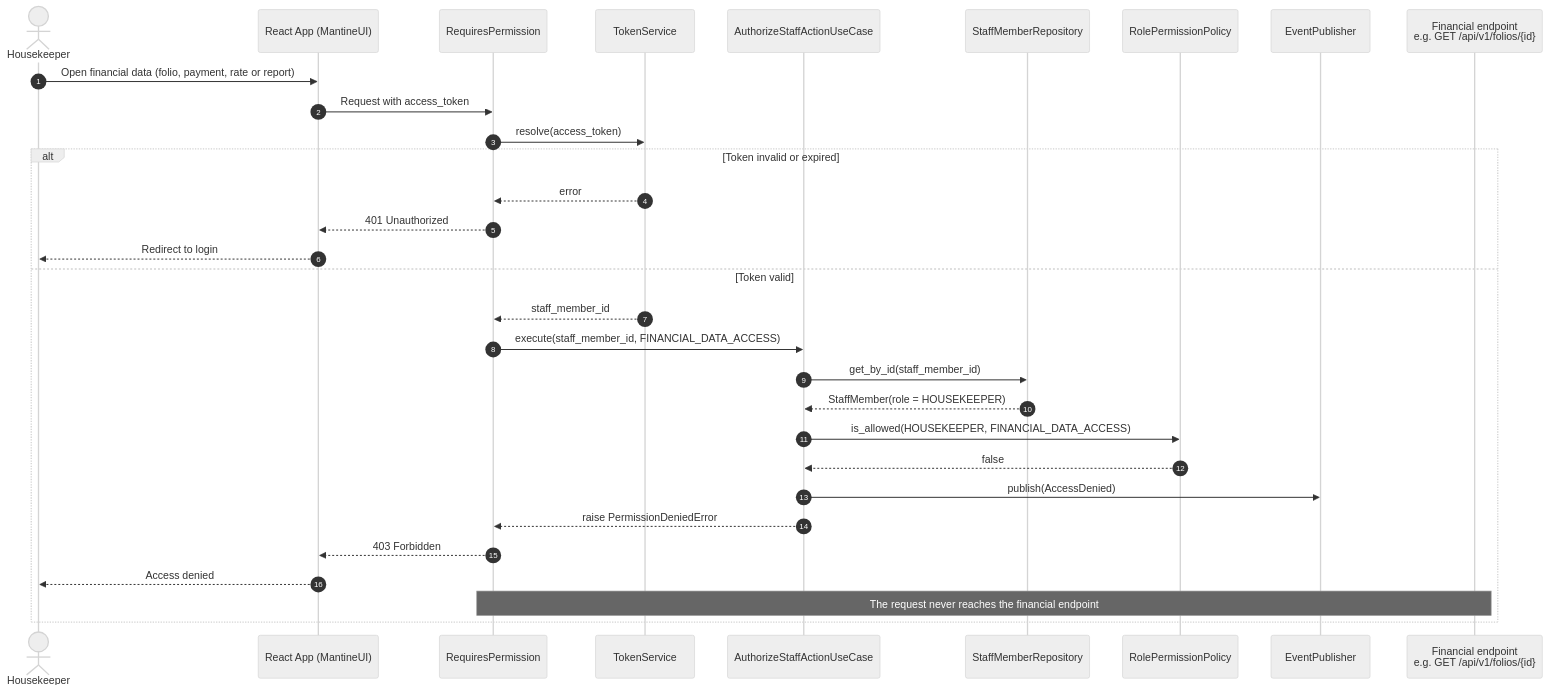
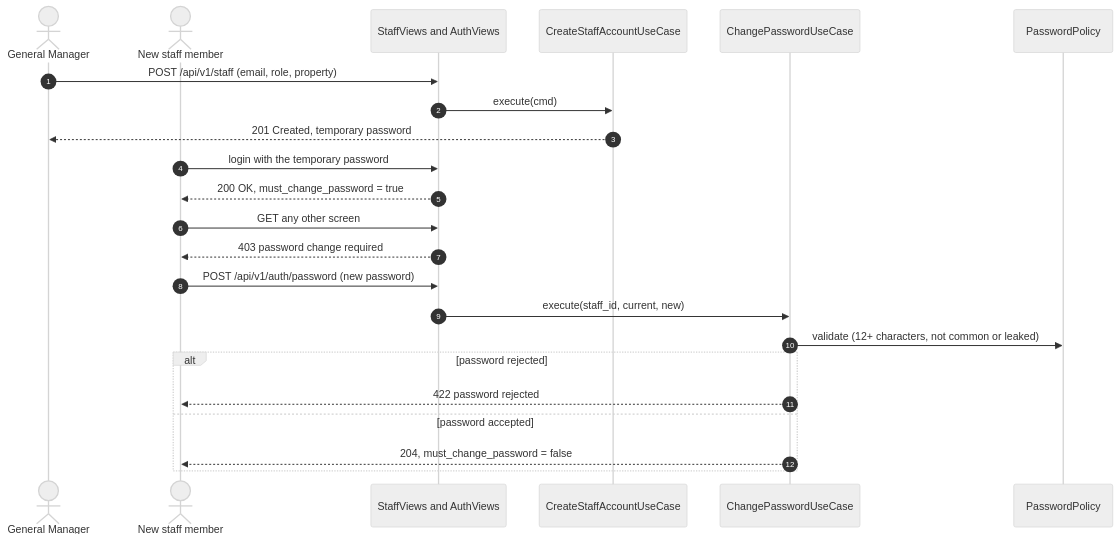
Before and after one commit to BraceroInSabot/Motel-Starmie: the fourth of 5 diagrams in docs/Initial Requirements/Diagrams/US-01 - Staff Authentication and RBAC.md, drawn with Mermaid (neutral theme). The commit also changed other lines of this file and 51 other files, not shown here.

````diff
--- a/docs/Initial Requirements/Diagrams/US-01 - Staff Authentication and RBAC.md
+++ b/docs/Initial Requirements/Diagrams/US-01 - Staff Authentication and RBAC.md
@@ -306,35 +331,26 @@
 ```mermaid
 sequenceDiagram
     autonumber
-    actor HK as Housekeeper
-    participant UI as React App (MantineUI)
-    participant Guard as RequiresPermission
-    participant Token as TokenService
-    participant UC as AuthorizeStaffActionUseCase
-    participant Repo as StaffMemberRepository
-    participant Policy as RolePermissionPolicy
-    participant Bus as EventPublisher
-    participant API as Financial endpoint<br/>e.g. GET /api/v1/folios/{id}
+    actor GM as General Manager
+    actor Staff as New staff member
+    participant Views as StaffViews and AuthViews
+    participant NewAcc as CreateStaffAccountUseCase
+    participant Change as ChangePasswordUseCase
+    participant Policy as PasswordPolicy
 
-    HK->>UI: Open financial data (folio, payment, rate or report)
-    UI->>Guard: Request with access_token
-    Guard->>Token: resolve(access_token)
-
-    alt Token invalid or expired
-        Token-->>Guard: error
-        Guard-->>UI: 401 Unauthorized
-        UI-->>HK: Redirect to login
-    else Token valid
-        Token-->>Guard: staff_member_id
-        Guard->>UC: execute(staff_member_id, FINANCIAL_DATA_ACCESS)
-        UC->>Repo: get_by_id(staff_member_id)
-        Repo-->>UC: StaffMember(role = HOUSEKEEPER)
-        UC->>Policy: is_allowed(HOUSEKEEPER, FINANCIAL_DATA_ACCESS)
-        Policy-->>UC: false
-        UC->>Bus: publish(AccessDenied)
-        UC-->>Guard: raise PermissionDeniedError
-        Guard-->>UI: 403 Forbidden
-        UI-->>HK: Access denied
-        Note over Guard,API: The request never reaches the financial endpoint
+    GM->>Views: POST /api/v1/staff (email, role, property)
+    Views->>NewAcc: execute(cmd)
+    NewAcc-->>GM: 201 Created, temporary password
+    Staff->>Views: login with the temporary password
+    Views-->>Staff: 200 OK, must_change_password = true
+    Staff->>Views: GET any other screen
+    Views-->>Staff: 403 password change required
+    Staff->>Views: POST /api/v1/auth/password (new password)
+    Views->>Change: execute(staff_id, current, new)
+    Change->>Policy: validate (12+ characters, not common or leaked)
+    alt password rejected
+        Change-->>Staff: 422 password rejected
+    else password accepted
+        Change-->>Staff: 204, must_change_password = false
     end
 ```
````
